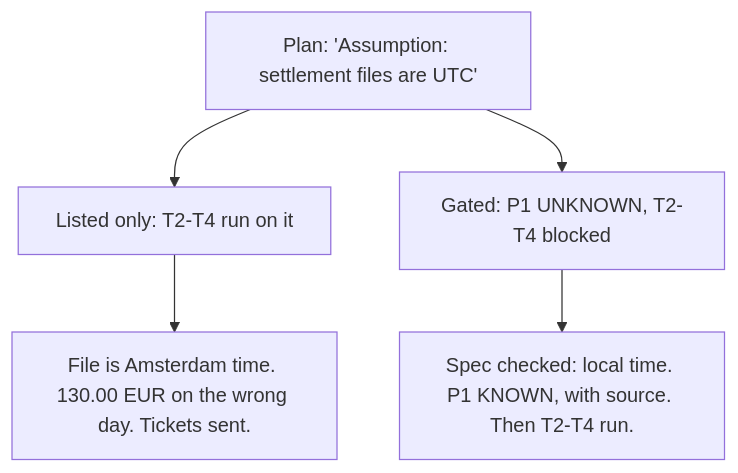
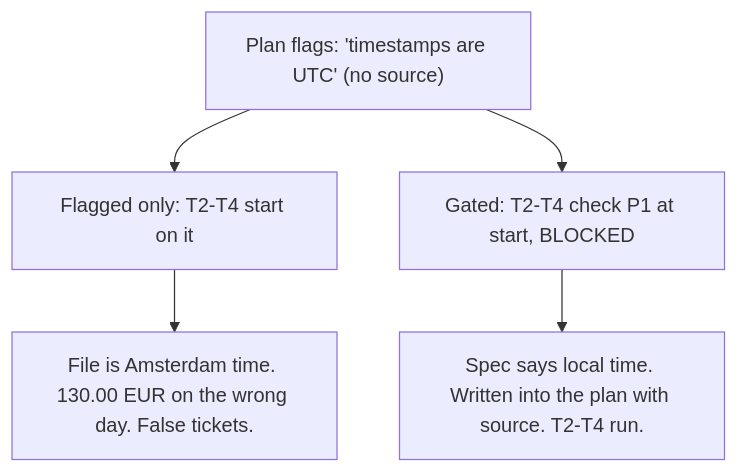
Before and after one commit to arunveersingh/ai: the diagram in courses/make-ai-fail-safely/day-11.md, drawn with Mermaid. The commit also changed other lines of this file and 14 other files, not shown here.

Commit message:
Day 11: reframe as Started on a Guess (flagged is not gated); review fixes, new diagram and slides

````diff
--- a/courses/make-ai-fail-safely/day-11.md
+++ b/courses/make-ai-fail-safely/day-11.md
@@ -24,7 +17,7 @@
 ```mermaid
 flowchart TB
-  P["Plan: 'Assumption: settlement files are UTC'"] --> L["Listed only: T2-T4 run on it"]
-  P --> G["Gated: P1 UNKNOWN, T2-T4 blocked"]
-  L --> W["File is Amsterdam time. 130.00 EUR on the wrong day. Tickets sent."]
-  G --> S["Spec checked: local time. P1 KNOWN, with source. Then T2-T4 run."]
+  P["Plan flags: 'timestamps are UTC' (no source)"] --> L["Flagged only: T2-T4 start on it"]
+  P --> G["Gated: T2-T4 check P1 at start, BLOCKED"]
+  L --> W["File is Amsterdam time. 130.00 EUR on the wrong day. False tickets."]
+  G --> S["Spec says local time. Written into the plan with source. T2-T4 run."]
 ```
````
